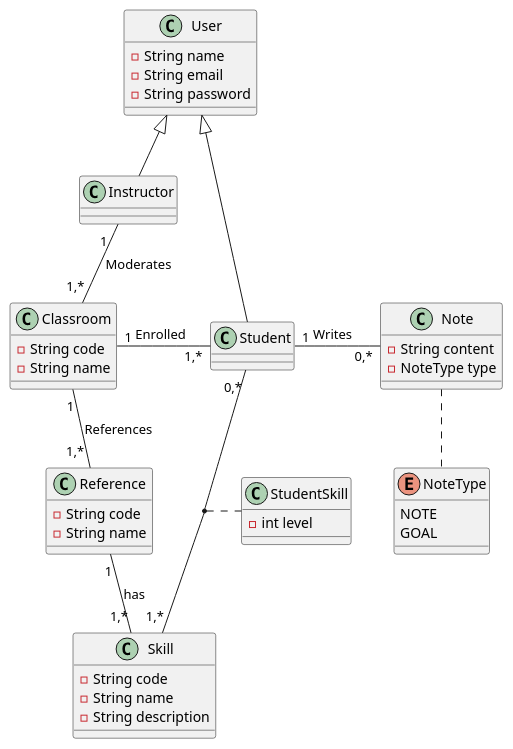
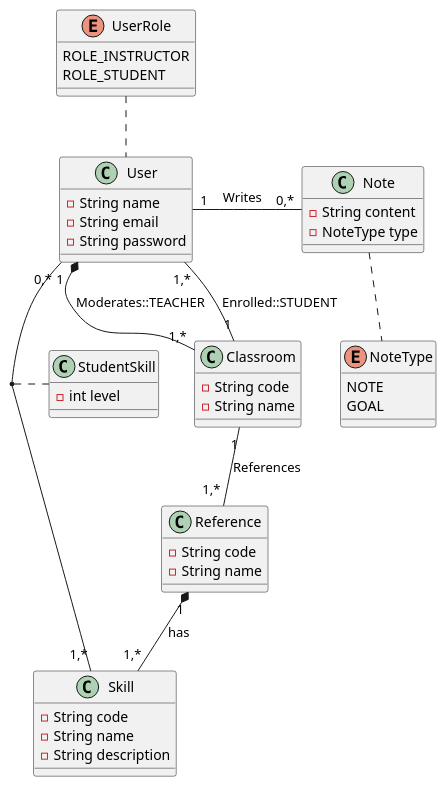
The diagram in UML Diagrams/class-diagram.puml (aymenBenadra/skill-report), drawn with PlantUML before and after one commit. The commit also changed 14 other files, not shown here.

```diff
--- a/UML Diagrams/class-diagram.puml
+++ b/UML Diagrams/class-diagram.puml
@@ -1,58 +1,60 @@
 @startuml
 ' Entities
 class User {
     - String name
     - String email
     - String password
 }
-
-class Instructor extends User {}
-
-class Student extends User {}
 
 class Classroom {
     - String code
     - String name
 }
 
 class Reference {
     - String code
     - String name
 }
 
 class Skill {
     - String code
     - String name
     - String description
 }
 
 class StudentSkill {
     - int level
 }
 
 class Note {
     - String content
     - NoteType type
 }
 
+enum UserRole {
+    ROLE_INSTRUCTOR
+    ROLE_STUDENT
+}
+
 enum NoteType {
     NOTE
     GOAL
 }
 
 ' Entity Relationships
-Instructor "1  " -- "1,*" Classroom : Moderates
+User "1  " *-- "1,*" Classroom : Moderates::TEACHER
 
-Classroom "1" -r- "1,*" Student : "Enrolled  "
-Classroom "1" -- "1,* " Reference : "References  "
+Classroom "1" -- "1,*" User : Enrolled::STUDENT
+Classroom "1" -- "1,* " Reference : References
 
-Reference "1" -- "1,*" Skill : has
+Reference "1" *-- "1,*" Skill : has
 
-Student "1" -r- "0,*" Note : "Writes   "
+User "1" -r- "0,*" Note : "Writes   "
 
 Note .. NoteType
+UserRole .. User
 
-Student "0,*" -- "1,*" Skill
-(Student, Skill) .. StudentSkill
+User "0,*" -- "1,*" Skill
+(User, Skill) .. StudentSkill
 
 @enduml
```
